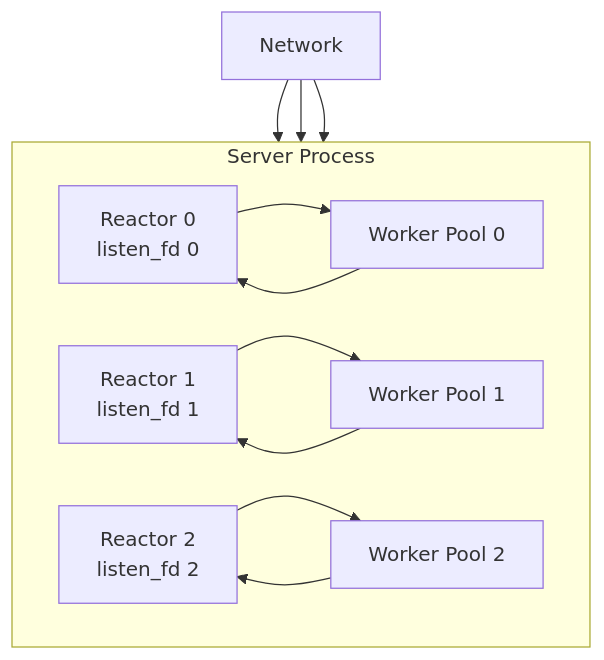
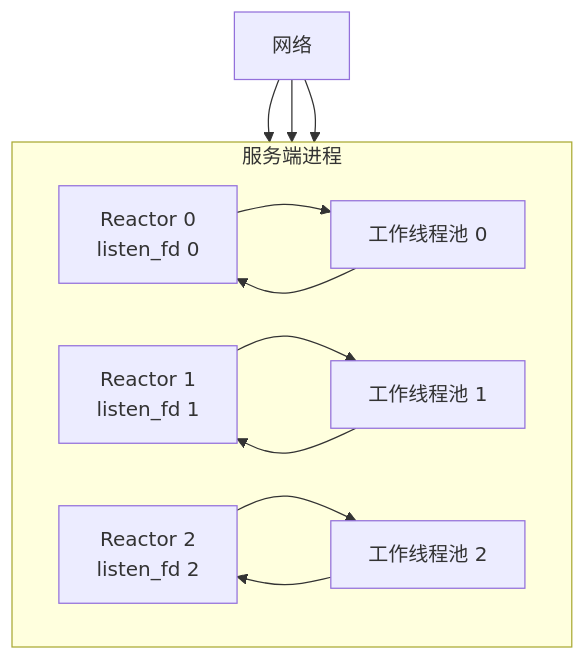
Before and after one commit to MyBlackHole/c-trpc: the diagram in docs/architecture/01-runtime.md, drawn with Mermaid. The commit also changed other lines of this file, not shown here.

````diff
--- a/docs/architecture/01-runtime.md
+++ b/docs/architecture/01-runtime.md
@@ -87,24 +87,24 @@
 ```mermaid
 flowchart TB
-    NET["Network"]
-    subgraph PROC["Server Process"]
+    NET["网络"]
+    subgraph PROC["服务端进程"]
         direction LR
         R0["Reactor 0\nlisten_fd 0"]
         R1["Reactor 1\nlisten_fd 1"]
         R2["Reactor 2\nlisten_fd 2"]
-        W0["Worker Pool 0"]
-        W1["Worker Pool 1"]
-        W2["Worker Pool 2"]
+        W0["工作线程池 0"]
+        W1["工作线程池 1"]
+        W2["工作线程池 2"]
     end
 
     NET --> R0
     NET --> R1
     NET --> R2
 
     R0 --> W0
     R1 --> W1
     R2 --> W2
     W0 --> R0
     W1 --> R1
     W2 --> R2
 ```
````
